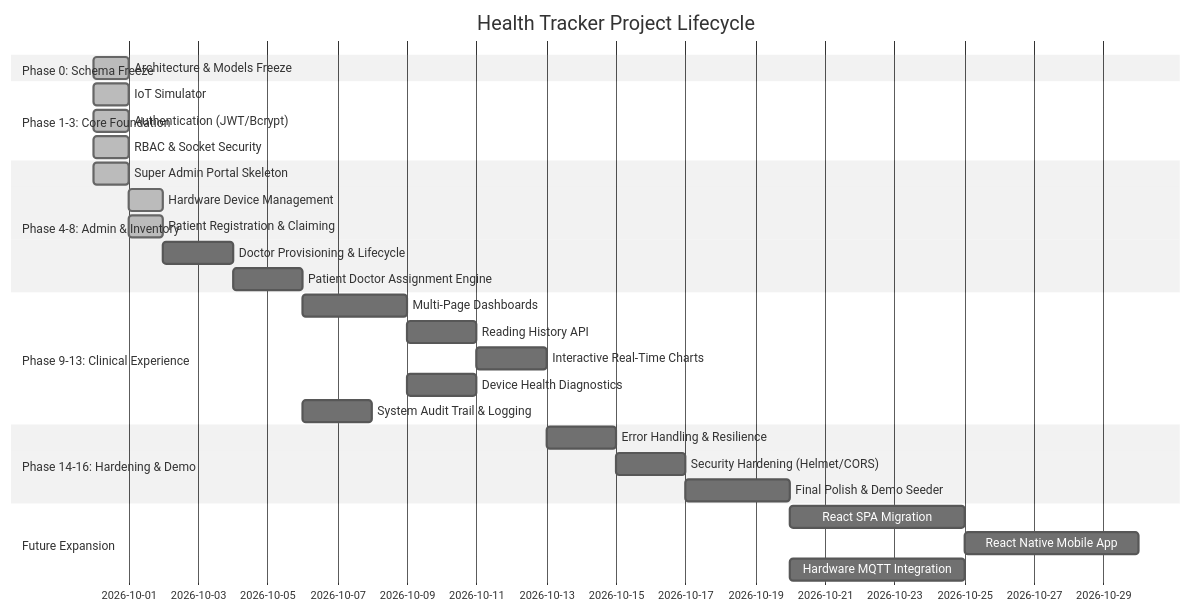
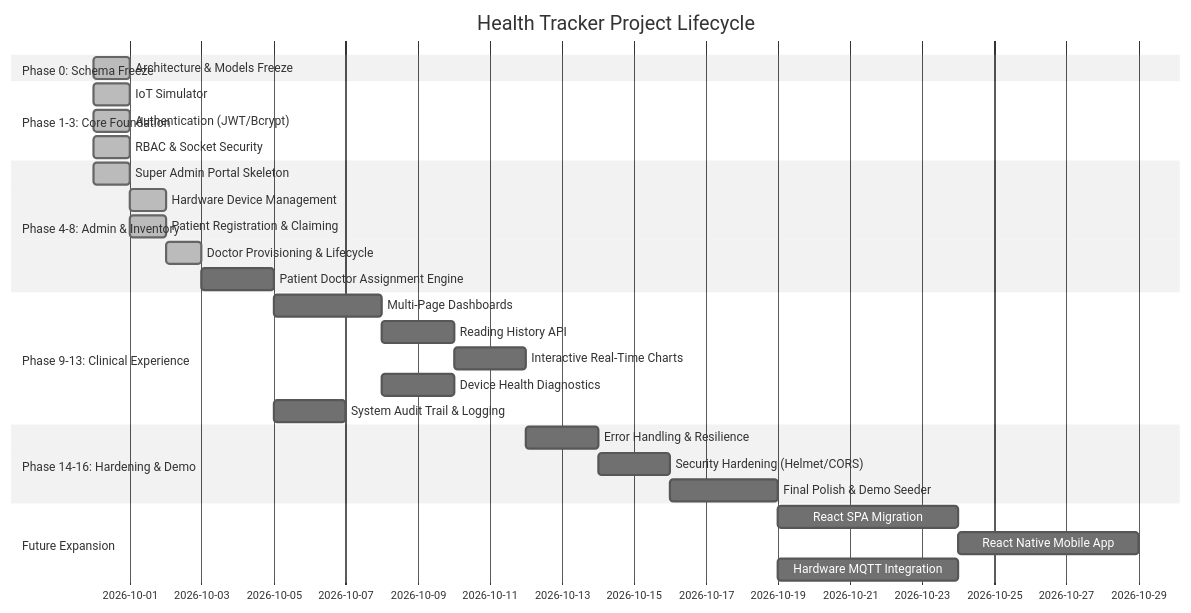
The diagram in doc/HEALTH_TRACKER_PROGRESS.md (Rishi-Dev-pro/med-p), drawn with Mermaid (neutral theme) before and after one commit. The commit also changed other lines of this file and 12 other files, not shown here.

Commit message:
feat(phase-7): implement doctor provisioning and account lifecycle

````diff
--- a/doc/HEALTH_TRACKER_PROGRESS.md
+++ b/doc/HEALTH_TRACKER_PROGRESS.md
@@ -24,31 +24,31 @@
 ```mermaid
 gantt
     title Health Tracker Project Lifecycle
     dateFormat  YYYY-MM-DD
     section Phase 0: Schema Freeze
     Architecture & Models Freeze       :done, p0, 2026-09-30, 1d
     section Phase 1-3: Core Foundation
     IoT Simulator                     :done, p1, 2026-09-30, 1d
     Authentication (JWT/Bcrypt)       :done, p2, 2026-09-30, 1d
     RBAC & Socket Security            :done, p3, 2026-09-30, 1d
     section Phase 4-8: Admin & Inventory
     Super Admin Portal Skeleton       :done, p4, 2026-09-30, 1d
     Hardware Device Management        :done, p5, 2026-10-01, 1d
     Patient Registration & Claiming   :done, p6, 2026-10-01, 1d
-    Doctor Provisioning & Lifecycle   :p7, after p6, 2d
+    Doctor Provisioning & Lifecycle   :done, p7, 2026-10-02, 1d
     Patient Doctor Assignment Engine  :p8, after p7, 2d
     section Phase 9-13: Clinical Experience
     Multi-Page Dashboards             :p9, after p8, 3d
     Reading History API               :p10, after p9, 2d
     Interactive Real-Time Charts      :p11, after p10, 2d
     Device Health Diagnostics         :p12, after p9, 2d
     System Audit Trail & Logging      :p13, after p8, 2d
     section Phase 14-16: Hardening & Demo
     Error Handling & Resilience       :p14, after p11, 2d
     Security Hardening (Helmet/CORS)  :p15, after p14, 2d
     Final Polish & Demo Seeder        :p16, after p15, 3d
     section Future Expansion
     React SPA Migration               :p17, after p16, 5d
     React Native Mobile App           :p18, after p17, 5d
     Hardware MQTT Integration         :p19, after p16, 5d
 ```
````
